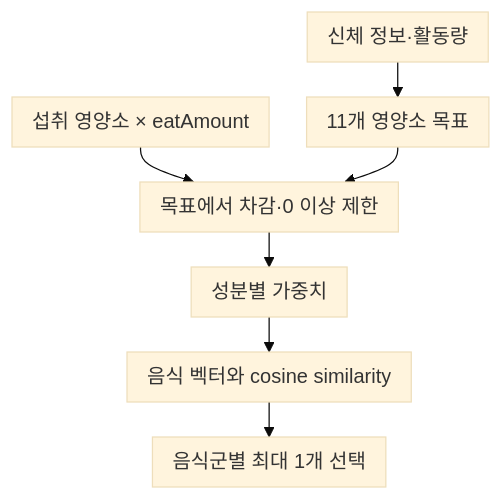
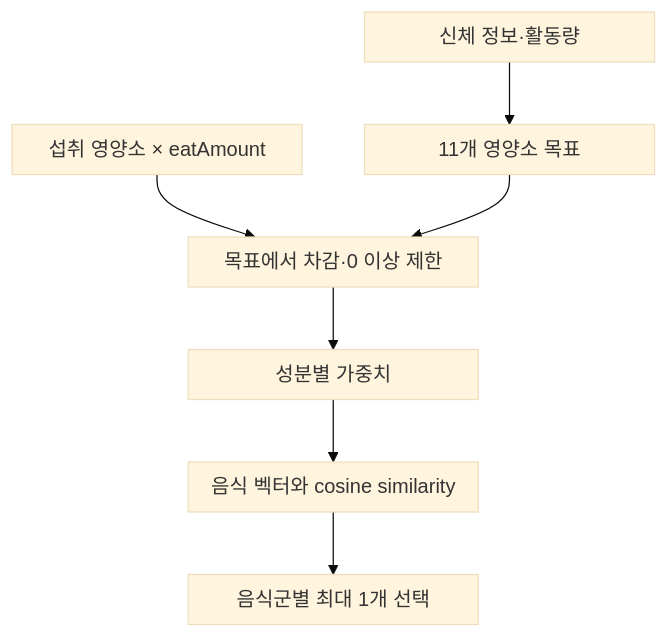
The fifth of 6 diagrams in src/101-Nutrifit/TechDoc_Nutrifit.md (keeeery/portfolio), drawn with Mermaid (base theme) before and after one commit. The commit also changed other lines of this file and 12 other files, not shown here.

Commit message:
프로젝트 문서: 장 제목 정리와 다이어그램 배치·문구 다듬기(사천성·Nutrifit 등), 데이터 다시 빌드

````diff
--- a/src/101-Nutrifit/TechDoc_Nutrifit.md
+++ b/src/101-Nutrifit/TechDoc_Nutrifit.md
@@ -163,10 +184,12 @@
 ```mermaid
-%%{init: {"flowchart": {"rankSpacing": 28, "nodeSpacing": 30, "padding": 8}}}%%
+%%{init: {"flowchart": {"padding": 8}}}%%
 flowchart TB
-    User[신체 정보·활동량] --> Target[11개 영양소 목표]
-    Food[섭취 영양소 × eatAmount] --> Remain[목표에서 차감·0 이상 제한]
+    User["<div style=width:200px>신체 정보·활동량"] --> Target["<div style=width:200px>11개 영양소 목표"]
+    Food["<div style=width:200px>섭취 영양소 × eatAmount"] --> Remain["<div style=width:200px>목표에서 차감·0 이상 제한"]
     Target --> Remain
-    Remain --> Weight[성분별 가중치]
-    Weight --> Score[음식 벡터와 cosine similarity]
-    Score --> Group[음식군별 최대 1개 선택]
+    Remain --> Weight["<div style=width:200px>성분별 가중치"]
+    Weight --> Score["<div style=width:200px>음식 벡터와 cosine similarity"]
+    Score --> Group["<div style=width:200px>음식군별 최대 1개 선택"]
+%% 격자: - User | Food Target | - Remain | - Weight | - Score | - Group
+%% 화살표 Food -> Remain: 나감=아래 들어감=왼쪽
 ```
````
